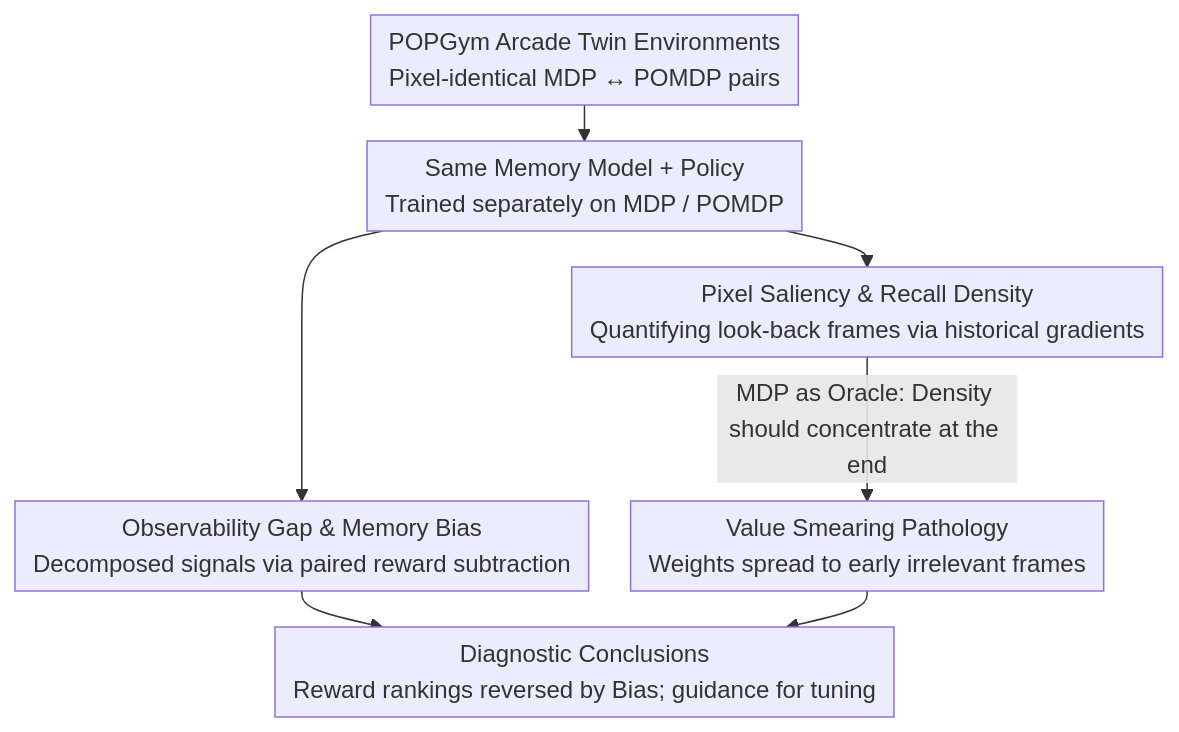
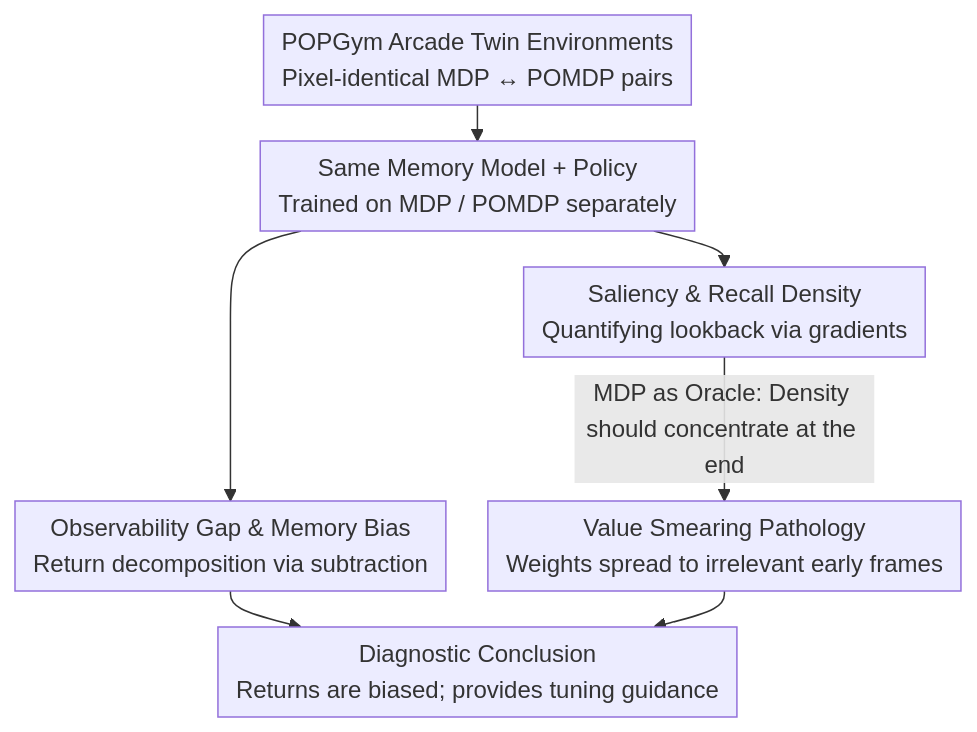
Before and after one commit to zhaoyang97/Paper-Notes-en: the diagram in docs/ICML2026/causal_inference/investigating_memory_in_model-free_rl_with_popgym_arcade.md, drawn with Mermaid. The commit also changed other lines of this file and 5084 other files, not shown here.

````diff
--- a/docs/ICML2026/causal_inference/investigating_memory_in_model-free_rl_with_popgym_arcade.md
+++ b/docs/ICML2026/causal_inference/investigating_memory_in_model-free_rl_with_popgym_arcade.md
@@ -45,10 +45,10 @@
 ```mermaid
 %%{init: {'flowchart': {'rankSpacing': 24, 'nodeSpacing': 28, 'padding': 6, 'wrappingWidth': 400}}}%%
 flowchart TD
-    A["POPGym Arcade Twin Environments<br/>Pixel-identical MDP ↔ POMDP pairs"] --> B["Same Memory Model + Policy<br/>Trained separately on MDP / POMDP"]
-    B --> C["Observability Gap & Memory Bias<br/>Decomposed signals via paired reward subtraction"]
-    B --> D["Pixel Saliency & Recall Density<br/>Quantifying look-back frames via historical gradients"]
-    D -->|"MDP as Oracle: Density should concentrate at the end"| E["Value Smearing Pathology<br/>Weights spread to early irrelevant frames"]
-    C --> F["Diagnostic Conclusions<br/>Reward rankings reversed by Bias; guidance for tuning"]
+    A["POPGym Arcade Twin Environments<br/>Pixel-identical MDP ↔ POMDP pairs"] --> B["Same Memory Model + Policy<br/>Trained on MDP / POMDP separately"]
+    B --> C["Observability Gap & Memory Bias<br/>Return decomposition via subtraction"]
+    B --> D["Saliency & Recall Density<br/>Quantifying lookback via gradients"]
+    D -->|"MDP as Oracle: Density should concentrate at the end"| E["Value Smearing Pathology<br/>Weights spread to irrelevant early frames"]
+    C --> F["Diagnostic Conclusion<br/>Returns are biased; provides tuning guidance"]
     E --> F
 ```
````
